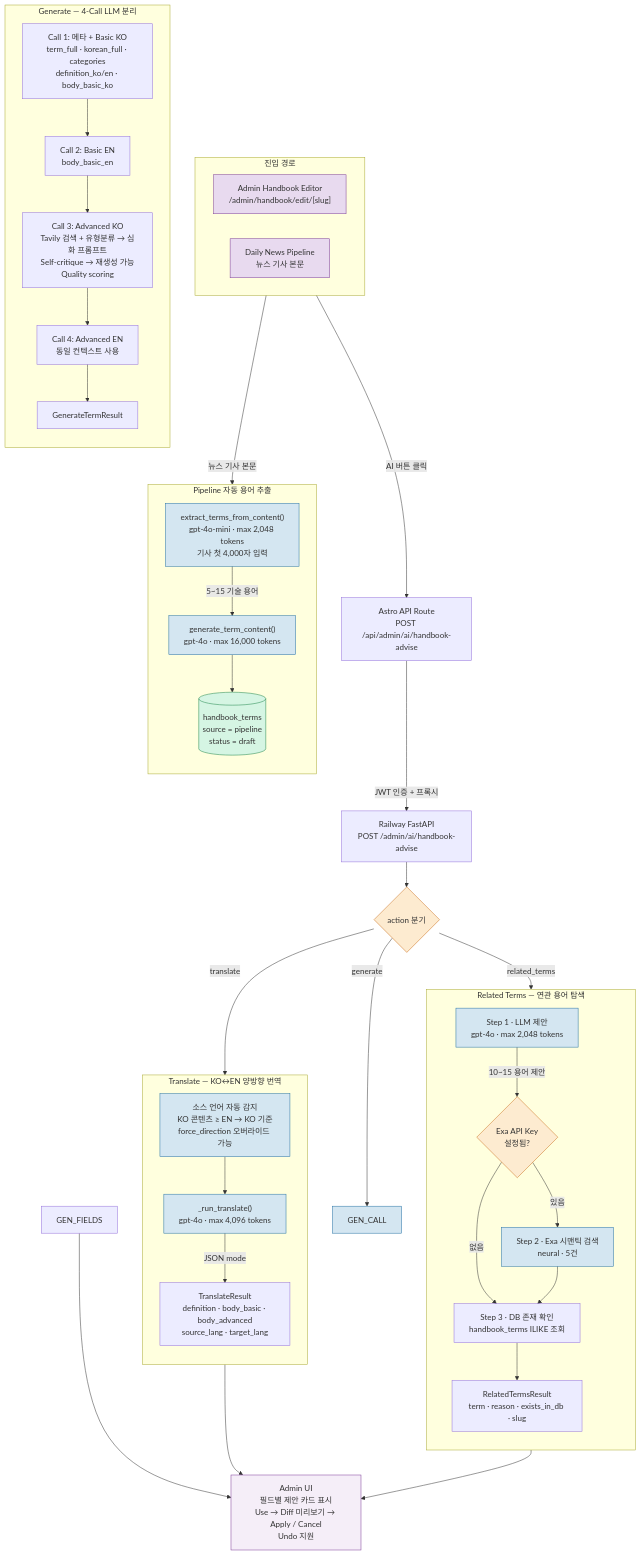
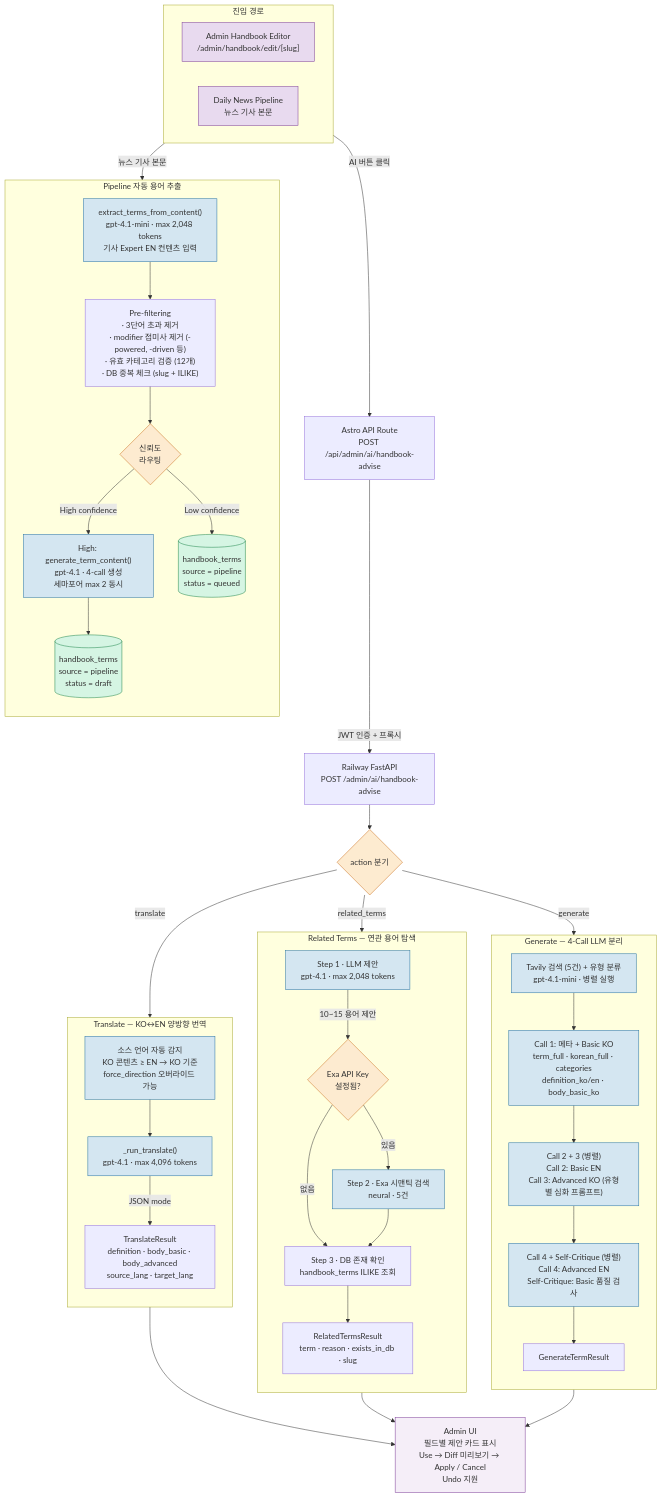
One commit to x0to1log/0to1log changed the first of 3 diagrams in vault/04-AI-System/AI-Handbook-Pipeline-Overview.md. Above: the diagram before and after it, drawn with Mermaid. The commit also changed other lines of this file and 11 other files, not shown here.

````diff
--- a/vault/04-AI-System/AI-Handbook-Pipeline-Overview.md
+++ b/vault/04-AI-System/AI-Handbook-Pipeline-Overview.md
@@ -17,76 +23,82 @@
 ```mermaid
 graph TD
     %% ── 두 가지 진입 경로 ──
     subgraph ENTRY ["진입 경로"]
         direction LR
         ADMIN["Admin Handbook Editor<br/>/admin/handbook/edit/[slug]"]
         PIPE["Daily News Pipeline<br/>뉴스 기사 본문"]
     end
 
     %% ── Admin 어드바이저 경로 ──
     ADMIN -->|"AI 버튼 클릭"| PROXY["Astro API Route<br/>POST /api/admin/ai/handbook-advise"]
     PROXY -->|"JWT 인증 + 프록시"| BACKEND["Railway FastAPI<br/>POST /admin/ai/handbook-advise"]
     BACKEND --> DISPATCH{"action 분기"}
 
     %% ── Action 1: Generate ──
     subgraph GEN ["Generate — 4-Call LLM 분리"]
         direction TB
+        GEN_CTX["Tavily 검색 (5건) + 유형 분류<br/>gpt-4.1-mini · 병렬 실행"]
         GEN_C1["Call 1: 메타 + Basic KO<br/>term_full · korean_full · categories<br/>definition_ko/en · body_basic_ko"]
-        GEN_C2["Call 2: Basic EN<br/>body_basic_en"]
-        GEN_C3["Call 3: Advanced KO<br/>Tavily 검색 + 유형분류 → 심화 프롬프트<br/>Self-critique → 재생성 가능<br/>Quality scoring"]
-        GEN_C4["Call 4: Advanced EN<br/>동일 컨텍스트 사용"]
-        GEN_C1 --> GEN_C2 --> GEN_C3 --> GEN_C4
-        GEN_C4 --> GEN_OUT["GenerateTermResult"]
+        GEN_C23["Call 2 + 3 (병렬)<br/>Call 2: Basic EN<br/>Call 3: Advanced KO (유형별 심화 프롬프트)"]
+        GEN_C4SC["Call 4 + Self-Critique (병렬)<br/>Call 4: Advanced EN<br/>Self-Critique: Basic 품질 검사"]
+        GEN_CTX --> GEN_C1 --> GEN_C23 --> GEN_C4SC
+        GEN_C4SC --> GEN_OUT["GenerateTermResult"]
     end
 
     %% ── Action 2: Related Terms ──
     subgraph REL ["Related Terms — 연관 용어 탐색"]
         direction TB
-        REL_LLM["Step 1 · LLM 제안<br/>gpt-4o · max 2,048 tokens"]
+        REL_LLM["Step 1 · LLM 제안<br/>gpt-4.1 · max 2,048 tokens"]
         REL_LLM -->|"10~15 용어 제안"| REL_EXA{"Exa API Key<br/>설정됨?"}
         REL_EXA -->|"있음"| REL_SEARCH["Step 2 · Exa 시맨틱 검색<br/>neural · 5건"]
         REL_EXA -->|"없음"| REL_DB
         REL_SEARCH --> REL_DB["Step 3 · DB 존재 확인<br/>handbook_terms ILIKE 조회"]
         REL_DB --> REL_OUT["RelatedTermsResult<br/>term · reason · exists_in_db · slug"]
     end
 
     %% ── Action 3: Translate ──
     subgraph TRANS ["Translate — KO↔EN 양방향 번역"]
         direction TB
         TRANS_DETECT["소스 언어 자동 감지<br/>KO 콘텐츠 ≥ EN → KO 기준<br/>force_direction 오버라이드 가능"]
-        TRANS_DETECT --> TRANS_CALL["_run_translate()<br/>gpt-4o · max 4,096 tokens"]
+        TRANS_DETECT --> TRANS_CALL["_run_translate()<br/>gpt-4.1 · max 4,096 tokens"]
         TRANS_CALL -->|"JSON mode"| TRANS_OUT["TranslateResult<br/>definition · body_basic · body_advanced<br/>source_lang · target_lang"]
     end
 
-    DISPATCH -->|"generate"| GEN_CALL
+    DISPATCH -->|"generate"| GEN_CTX
     DISPATCH -->|"related_terms"| REL_LLM
     DISPATCH -->|"translate"| TRANS_DETECT
 
     %% ── 결과 → Admin UI ──
-    GEN_FIELDS --> UI_RESULT
+    GEN_OUT --> UI_RESULT
     REL_OUT --> UI_RESULT
     TRANS_OUT --> UI_RESULT
     UI_RESULT["Admin UI<br/>필드별 제안 카드 표시<br/>Use → Diff 미리보기 → Apply / Cancel<br/>Undo 지원"]
 
     %% ── 파이프라인 자동 추출 경로 ──
     subgraph PIPE_FLOW ["Pipeline 자동 용어 추출"]
         direction TB
-        EXTRACT["extract_terms_from_content()<br/>gpt-4o-mini · max 2,048 tokens<br/>기사 첫 4,000자 입력"]
-        EXTRACT -->|"5~15 기술 용어"| GEN_AUTO["generate_term_content()<br/>gpt-4o · max 16,000 tokens"]
-        GEN_AUTO --> SAVE_TERM[("handbook_terms<br/>source = pipeline<br/>status = draft")]
+        EXTRACT["extract_terms_from_content()<br/>gpt-4.1-mini · max 2,048 tokens<br/>기사 Expert EN 컨텐츠 입력"]
+        FILTER["Pre-filtering<br/>· 3단어 초과 제거<br/>· modifier 접미사 제거 (-powered, -driven 등)<br/>· 유효 카테고리 검증 (12개)<br/>· DB 중복 체크 (slug + ILIKE)"]
+        ROUTE{"신뢰도\n라우팅"}
+        GEN_HIGH["High: generate_term_content()<br/>gpt-4.1 · 4-call 생성<br/>세마포어 max 2 동시"]
+        SAVE_DRAFT[("handbook_terms<br/>source = pipeline<br/>status = draft")]
+        SAVE_QUEUED[("handbook_terms<br/>source = pipeline<br/>status = queued")]
+        EXTRACT --> FILTER --> ROUTE
+        ROUTE -->|"High confidence"| GEN_HIGH --> SAVE_DRAFT
+        ROUTE -->|"Low confidence"| SAVE_QUEUED
     end
     PIPE -->|"뉴스 기사 본문"| EXTRACT
 
     %% ── Styling ──
     classDef entry fill:#e8daef,stroke:#7d3c98,color:#333
     classDef ai fill:#d4e6f1,stroke:#2471a3,color:#333
     classDef storage fill:#d5f5e3,stroke:#1e8449,color:#333
     classDef decision fill:#fdebd0,stroke:#ca6f1e,color:#333
     classDef ui fill:#f5eef8,stroke:#7d3c98,color:#333
 
     class ADMIN,PIPE entry
-    class GEN_CALL,REL_LLM,REL_SEARCH,TRANS_CALL,TRANS_DETECT,EXTRACT,GEN_AUTO ai
-    class SAVE_TERM storage
-    class DISPATCH,REL_EXA decision
+    class GEN_CTX,GEN_C1,GEN_C23,GEN_C4SC,REL_LLM,REL_SEARCH,TRANS_CALL,TRANS_DETECT,EXTRACT,GEN_HIGH ai
+    class SAVE_DRAFT,SAVE_QUEUED storage
+    class DISPATCH,REL_EXA,ROUTE decision
     class UI_RESULT ui
 ```
````
